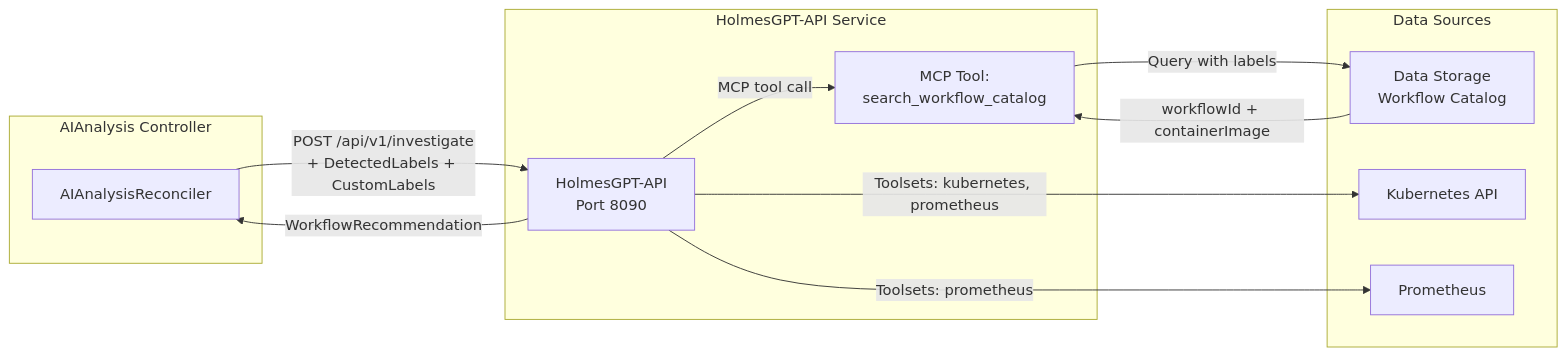
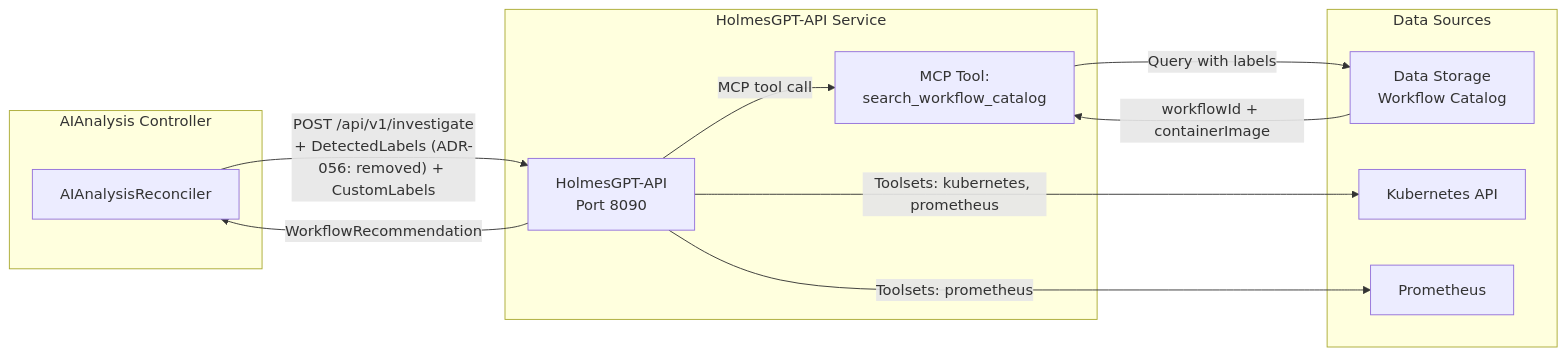
One commit to jordigilh/kubernaut changed the diagram in docs/services/crd-controllers/02-aianalysis/ai-holmesgpt-approval.md. Above: the diagram before and after it, drawn with Mermaid. The commit also changed other lines of this file and 41 other files, not shown here.

First line of the commit message:
docs(ADR-056): add test plans and update documentation for DetectedLabels relocation

````diff
--- a/docs/services/crd-controllers/02-aianalysis/ai-holmesgpt-approval.md
+++ b/docs/services/crd-controllers/02-aianalysis/ai-holmesgpt-approval.md
@@ -23,25 +23,25 @@
 ```mermaid
 graph LR
     subgraph "AIAnalysis Controller"
         CTRL[AIAnalysisReconciler]
     end
 
     subgraph "HolmesGPT-API Service"
         HAPI[HolmesGPT-API<br/>Port 8090]
         MCP[MCP Tool:<br/>search_workflow_catalog]
     end
 
     subgraph "Data Sources"
         DS[Data Storage<br/>Workflow Catalog]
         K8S[Kubernetes API]
         PROM[Prometheus]
     end
 
-    CTRL -->|"POST /api/v1/investigate<br/>+ DetectedLabels + CustomLabels"| HAPI
+    CTRL -->|"POST /api/v1/investigate<br/>+ DetectedLabels (ADR-056: removed) + CustomLabels"| HAPI
     HAPI -->|"MCP tool call"| MCP
     MCP -->|"Query with labels"| DS
     DS -->|"workflowId + containerImage"| MCP
     HAPI -->|"Toolsets: kubernetes, prometheus"| K8S
     HAPI -->|"Toolsets: prometheus"| PROM
     HAPI -->|"WorkflowRecommendation"| CTRL
 ```
````
